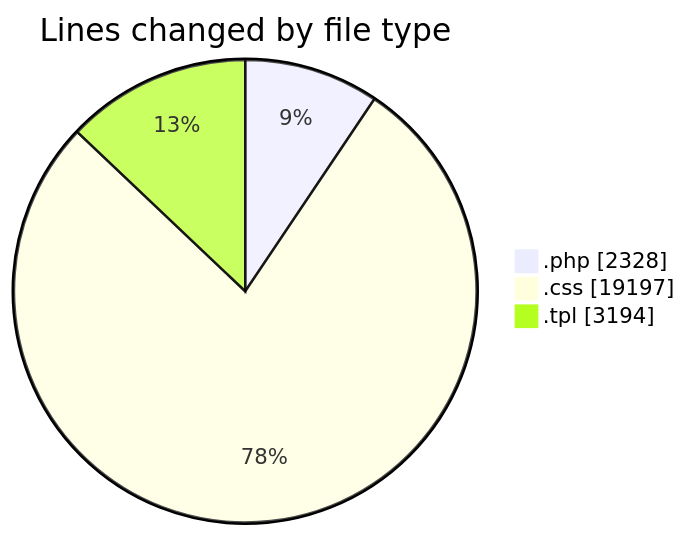
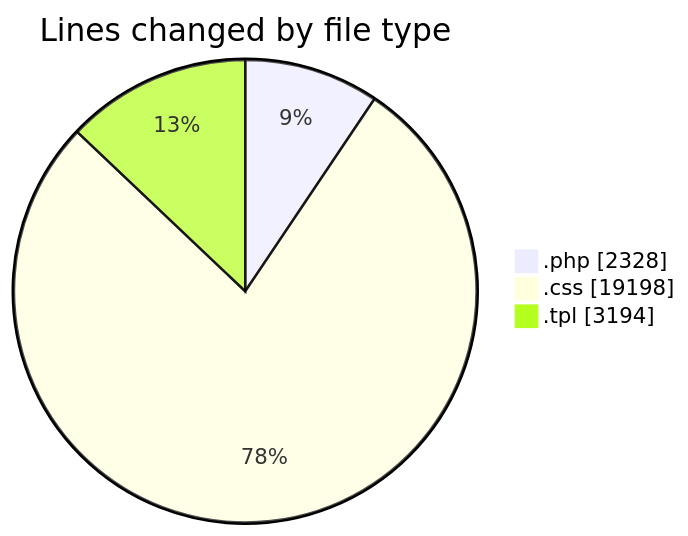
Before and after one commit to vahidmafi/code-tracking: the first of 2 diagrams in 2025-03-23/zeytoon/README.md, drawn with Mermaid. The commit also changed other lines of this file and 1 other file, not shown here.

````diff
--- a/2025-03-23/zeytoon/README.md
+++ b/2025-03-23/zeytoon/README.md
@@ -27,7 +27,7 @@
 ```mermaid
 pie showData
 title Lines changed by file type
 ".php" : 2328
-".css" : 19197
+".css" : 19198
 ".tpl" : 3194
 ```
````
